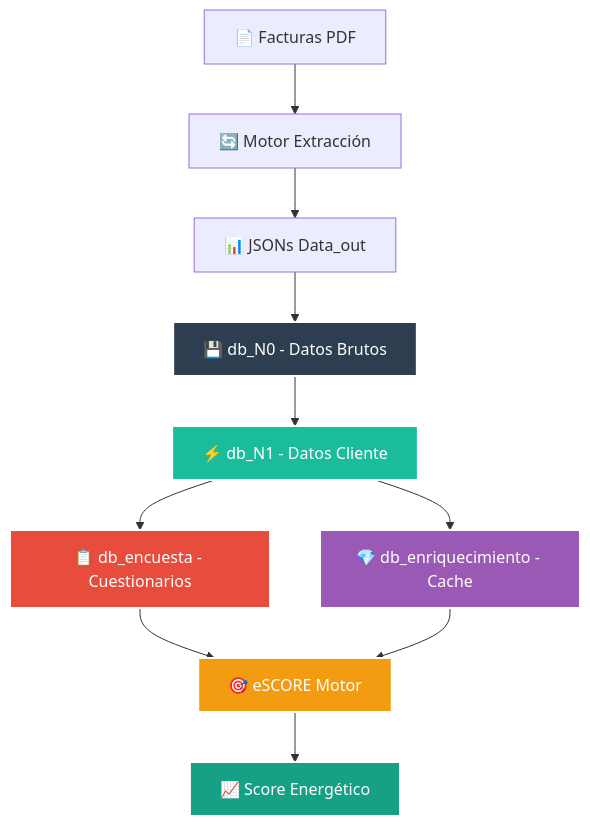
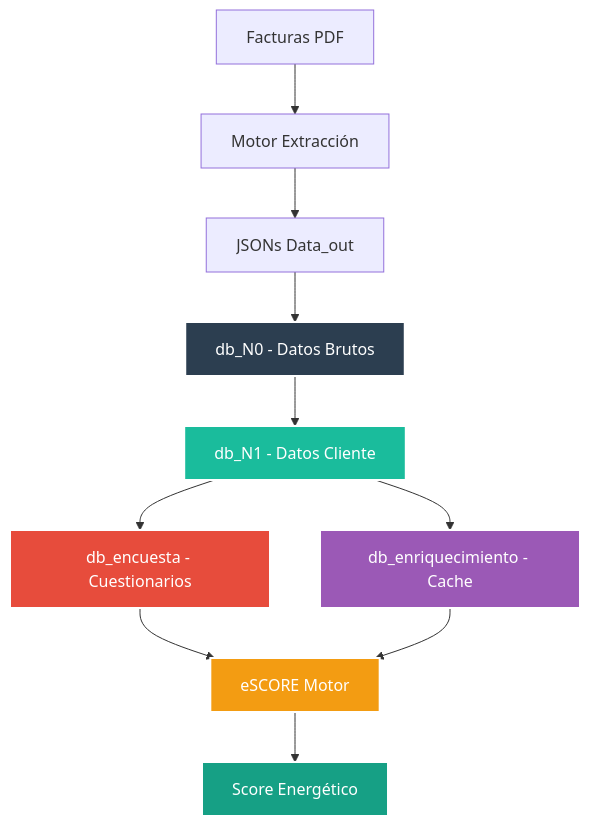
The first of 3 diagrams in README_db_watioverse.md (EGD2024/db-watioverse), drawn with Mermaid before and after one commit. The commit also changed other lines of this file and 1 other file, not shown here.

````diff
--- a/README_db_watioverse.md
+++ b/README_db_watioverse.md
@@ -34,19 +34,19 @@
 ```mermaid
 graph TD
-    A[📄 Facturas PDF] --> B[🔄 Motor Extracción]
-    B --> C[📊 JSONs Data_out]
-    C --> D[💾 db_N0 - Datos Brutos]
-    D --> E[⚡ db_N1 - Datos Cliente]
-    E --> F[📋 db_encuesta - Cuestionarios]
-    E --> G[💎 db_enriquecimiento - Cache]
-    F --> H[🎯 eSCORE Motor]
+    A[Facturas PDF] --> B[Motor Extracción]
+    B --> C[JSONs Data_out]
+    C --> D[db_N0 - Datos Brutos]
+    D --> E[db_N1 - Datos Cliente]
+    E --> F[db_encuesta - Cuestionarios]
+    E --> G[db_enriquecimiento - Cache]
+    F --> H[eSCORE Motor]
     G --> H
-    H --> I[📈 Score Energético]
+    H --> I[Score Energético]
     
     style D fill:#2C3E50,stroke:#ffffff,stroke-width:2px,color:#ffffff
     style E fill:#1ABC9C,stroke:#ffffff,stroke-width:2px,color:#ffffff
     style F fill:#E74C3C,stroke:#ffffff,stroke-width:2px,color:#ffffff
     style G fill:#9B59B6,stroke:#ffffff,stroke-width:2px,color:#ffffff
     style H fill:#F39C12,stroke:#ffffff,stroke-width:2px,color:#ffffff
     style I fill:#16A085,stroke:#ffffff,stroke-width:2px,color:#ffffff
 ```
````
